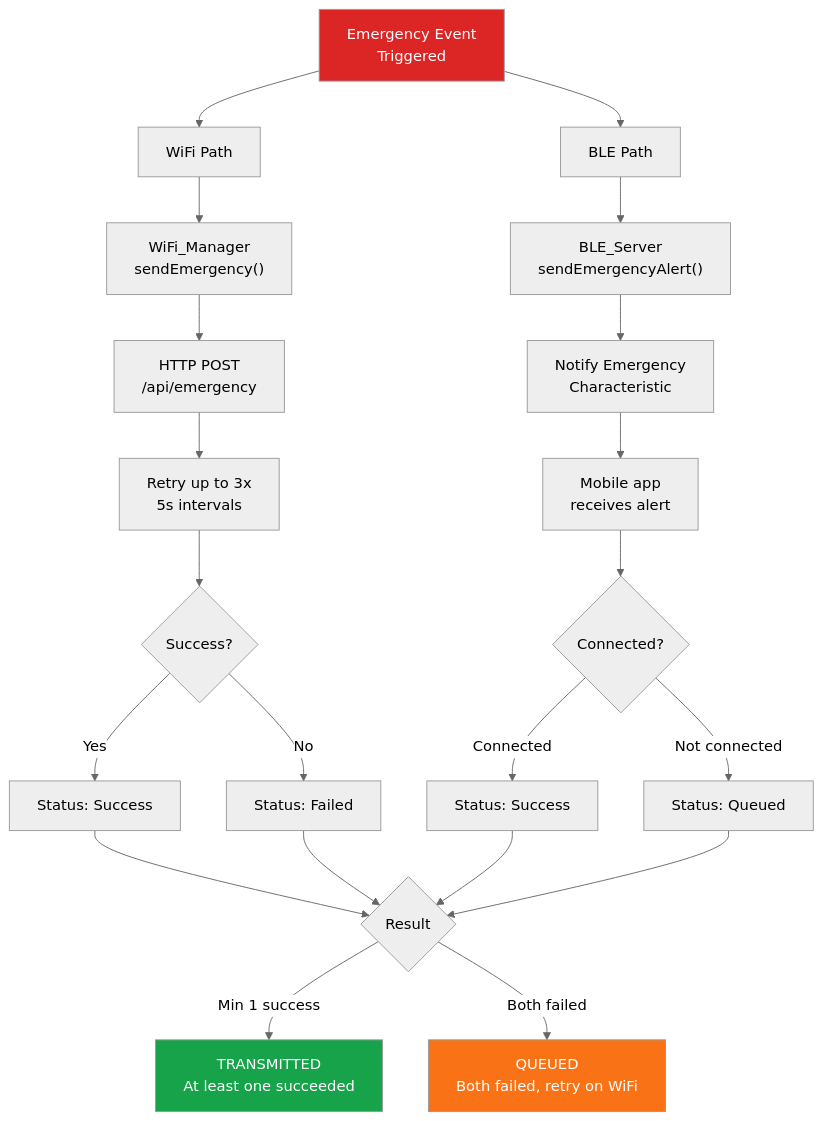
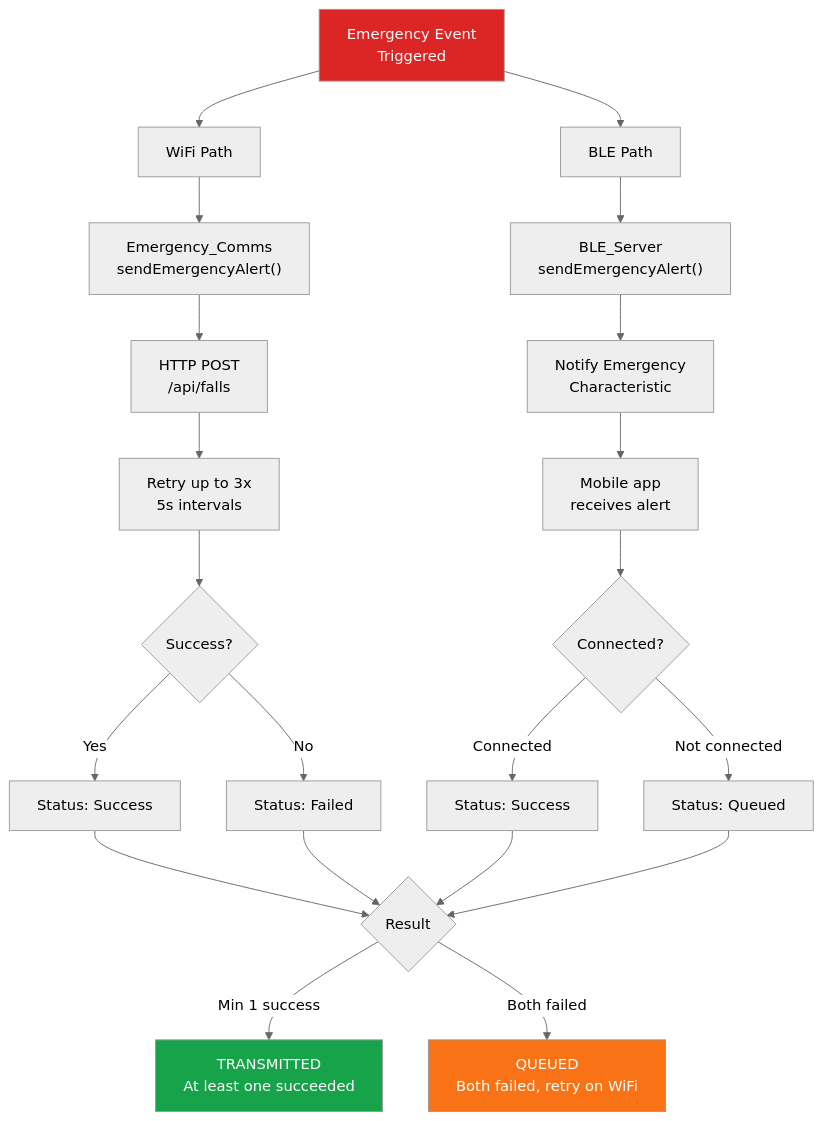
Before and after one commit to Smart-Fall/Hardware: the third of 3 diagrams in docs/firmware/communication.md, drawn with Mermaid (neutral theme). The commit also changed other lines of this file and 130 other files, not shown here.

````diff
--- a/docs/firmware/communication.md
+++ b/docs/firmware/communication.md
@@ -384,47 +342,47 @@
 ```mermaid
 graph TD
     A["Emergency Event<br/>Triggered"]
 
     B["WiFi Path"]
-    B1["WiFi_Manager<br/>sendEmergency()"]
-    B2["HTTP POST<br/>/api/emergency"]
+    B1["Emergency_Comms<br/>sendEmergencyAlert()"]
+    B2["HTTP POST<br/>/api/falls"]
     B3["Retry up to 3x<br/>5s intervals"]
     B4{Success?}
     B5["Status: Success"]
     B6["Status: Failed"]
 
     C["BLE Path"]
     C1["BLE_Server<br/>sendEmergencyAlert()"]
     C2["Notify Emergency<br/>Characteristic"]
     C3["Mobile app<br/>receives alert"]
     C4{Connected?}
     C5["Status: Success"]
     C6["Status: Queued"]
 
     D{Result}
     E["TRANSMITTED<br/>At least one succeeded"]
     F["QUEUED<br/>Both failed, retry on WiFi"]
 
     A --> B
     A --> C
 
     B --> B1 --> B2 --> B3 --> B4
     B4 -->|Yes| B5
     B4 -->|No| B6
 
     C --> C1 --> C2 --> C3 --> C4
     C4 -->|Connected| C5
     C4 -->|Not connected| C6
 
     B5 --> D
     B6 --> D
     C5 --> D
     C6 --> D
 
     D -->|Min 1 success| E
     D -->|Both failed| F
 
     style A fill:#dc2626,color:#fff
     style E fill:#16a34a,color:#fff
     style F fill:#f97316,color:#fff
 ```
````
